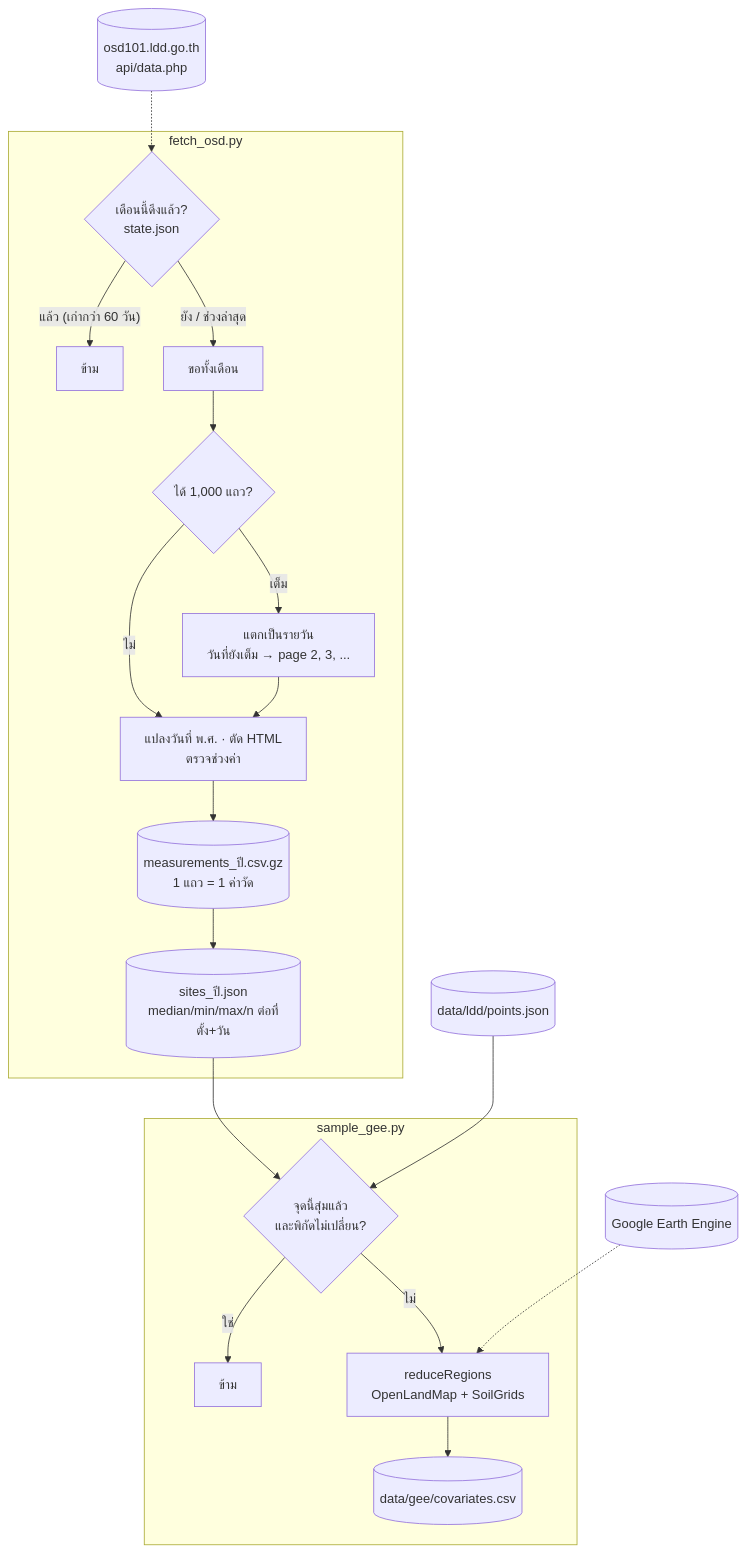
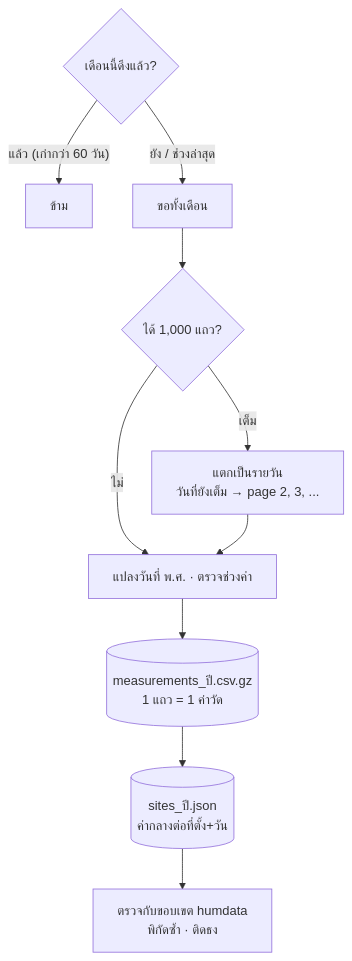
Before and after one commit to Navavit/sisoil: the third of 5 diagrams in docs/architecture.md, drawn with Mermaid. The commit also changed other lines of this file and 4 other files, not shown here.

````diff
--- a/docs/architecture.md
+++ b/docs/architecture.md
@@ -42,22 +62,12 @@
 ```mermaid
 flowchart TD
-    OSD[("osd101.ldd.go.th<br/>api/data.php")] -.-> M1
-    subgraph OSDF["fetch_osd.py"]
-        M1{เดือนนี้ดึงแล้ว?<br/>state.json} -- "แล้ว (เก่ากว่า 60 วัน)" --> SKIP2[ข้าม]
-        M1 -- "ยัง / ช่วงล่าสุด" --> M2[ขอทั้งเดือน]
-        M2 --> M3{ได้ 1,000 แถว?}
-        M3 -- "ไม่" --> M5
-        M3 -- "เต็ม" --> M4[แตกเป็นรายวัน<br/>วันที่ยังเต็ม → page 2, 3, ...]
-        M4 --> M5[แปลงวันที่ พ.ศ. · ตัด HTML<br/>ตรวจช่วงค่า]
-        M5 --> M6[(measurements_ปี.csv.gz<br/>1 แถว = 1 ค่าวัด)]
-        M6 --> M7[(sites_ปี.json<br/>median/min/max/n ต่อที่ตั้ง+วัน)]
-    end
-    subgraph GEEF["sample_gee.py"]
-        G1{จุดนี้สุ่มแล้ว<br/>และพิกัดไม่เปลี่ยน?} -- "ใช่" --> SKIP3[ข้าม]
-        G1 -- "ไม่" --> G2[reduceRegions<br/>OpenLandMap + SoilGrids]
-        G2 --> G3[(data/gee/covariates.csv)]
-    end
-    M7 --> G1
-    LDDP[(data/ldd/points.json)] --> G1
-    GEE[("Google Earth Engine")] -.-> G2
+    M1{เดือนนี้ดึงแล้ว?} -- "แล้ว (เก่ากว่า 60 วัน)" --> SKIP[ข้าม]
+    M1 -- "ยัง / ช่วงล่าสุด" --> M2[ขอทั้งเดือน]
+    M2 --> M3{ได้ 1,000 แถว?}
+    M3 -- "ไม่" --> M5
+    M3 -- "เต็ม" --> M4[แตกเป็นรายวัน<br/>วันที่ยังเต็ม → page 2, 3, ...]
+    M4 --> M5[แปลงวันที่ พ.ศ. · ตรวจช่วงค่า]
+    M5 --> M6[(measurements_ปี.csv.gz<br/>1 แถว = 1 ค่าวัด)]
+    M6 --> M7[(sites_ปี.json<br/>ค่ากลางต่อที่ตั้ง+วัน)]
+    M7 --> Q2[ตรวจกับขอบเขต humdata<br/>พิกัดซ้ำ · ติดธง]
 ```
````
